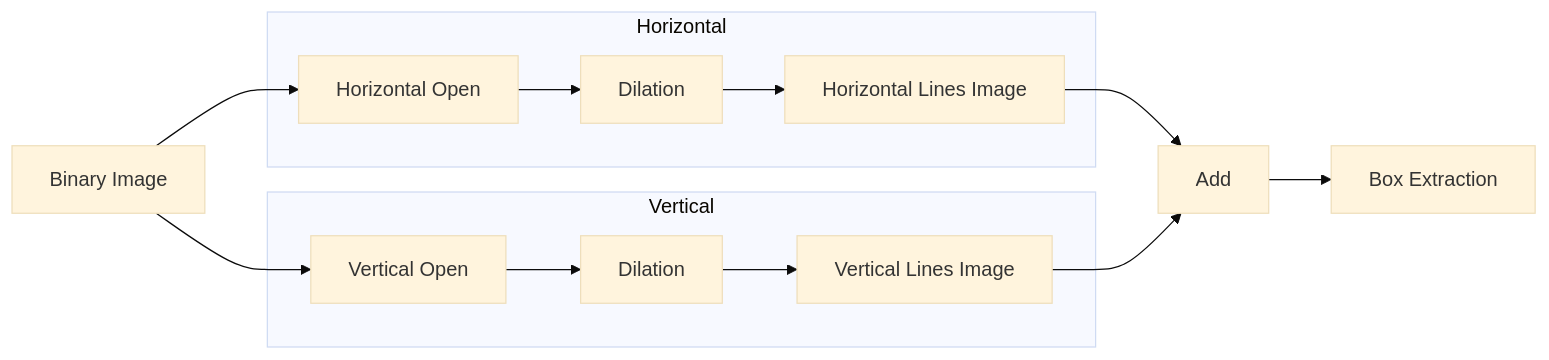
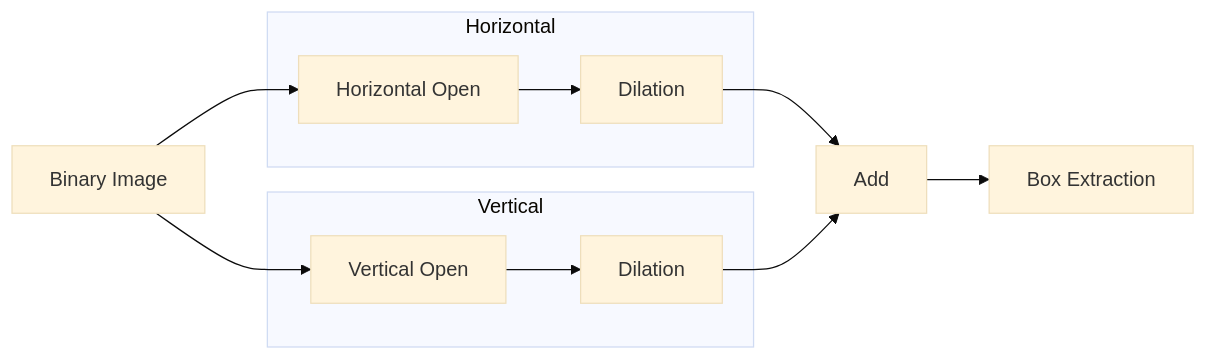
The third of 4 diagrams in README.md (MT2321/ImageProcessingFinalProject), drawn with Mermaid (base theme) before and after one commit. The commit also changed other lines of this file and 436 other files, not shown here.

````diff
--- a/README.md
+++ b/README.md
@@ -84,19 +91,22 @@
 ```mermaid
 graph LR
     A[Binary Image]
+
     subgraph Horizontal
-    C[Horizontal Open]-->D[Dilation]-->X[Horizontal Lines Image]
+    C[Horizontal Open]-->D[Dilation]
     end
+
     subgraph Vertical
-    F[Vertical Open]-->G[Dilation]-->Y[Vertical Lines Image]
+    F[Vertical Open]-->G[Dilation]
     end
+
     H[Add]
     P[Box Extraction]
 
 A-->C
 A-->F
-X-->H
-Y-->H
+D-->H
+G-->H
 H-->P
 
 ```
````
